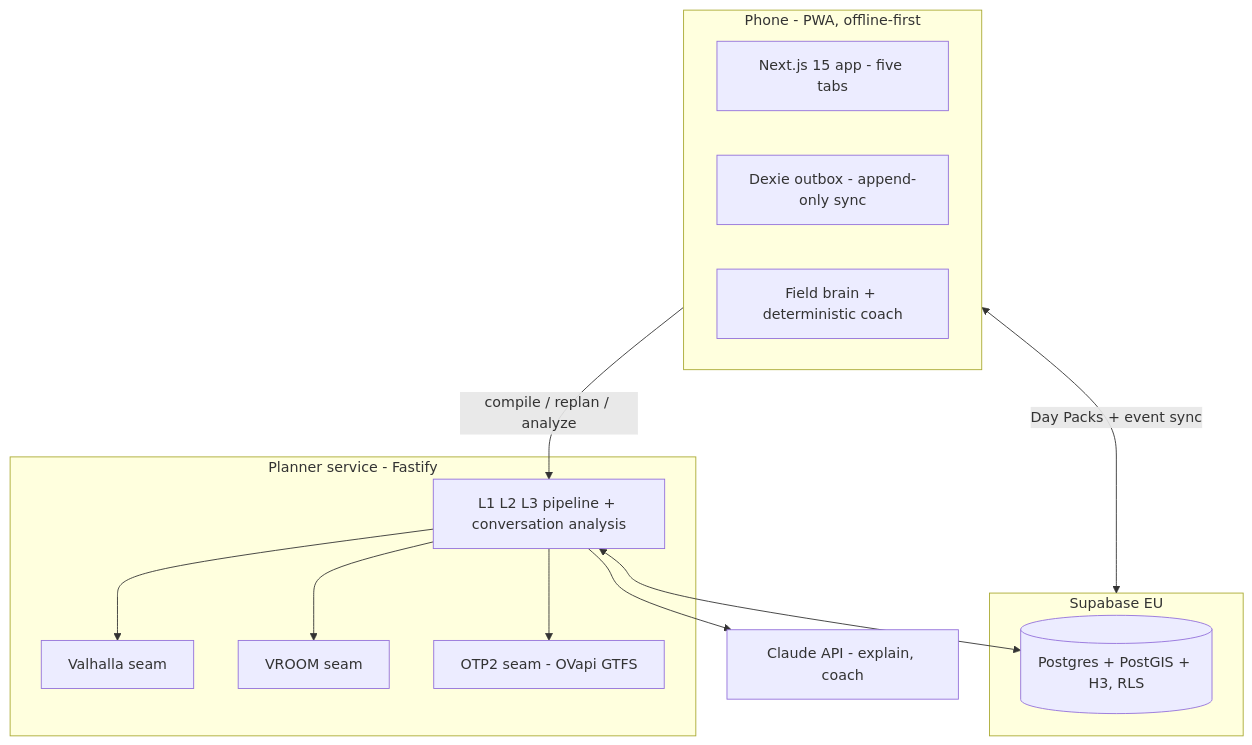
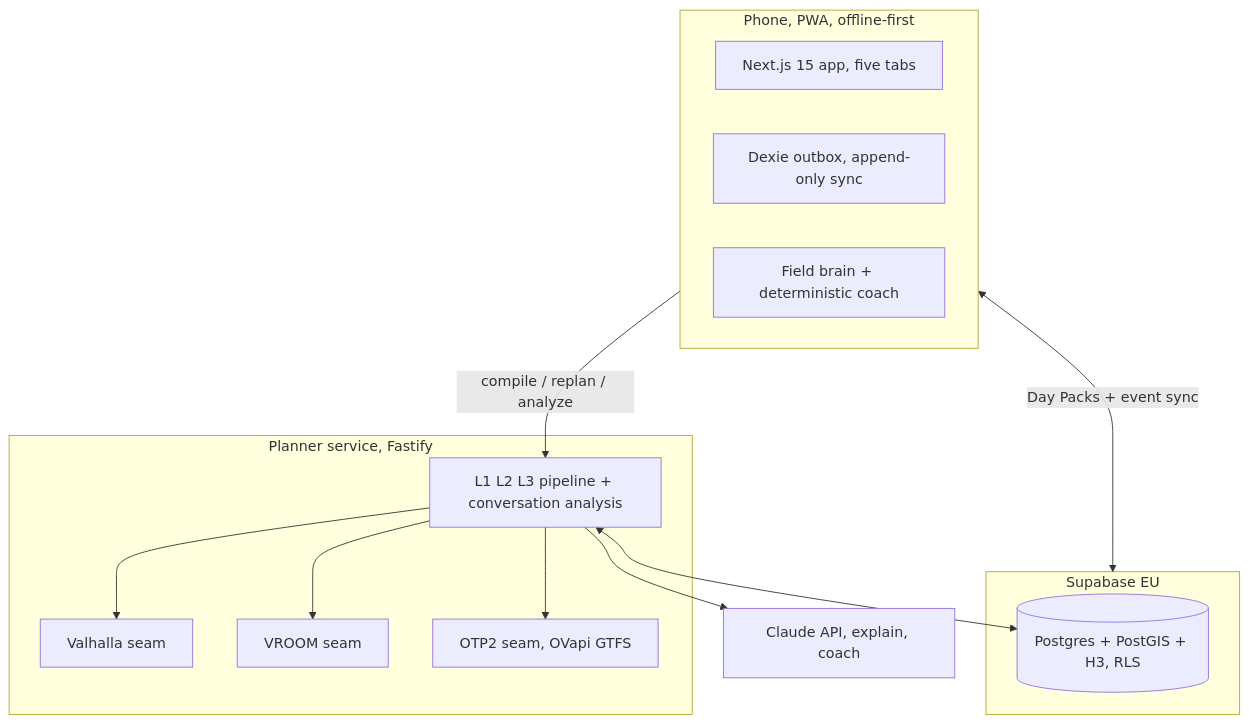
Before and after one commit to atlasshb/2DAY: the second of 2 diagrams in README.md, drawn with Mermaid. The commit also changed other lines of this file, not shown here.

````diff
--- a/README.md
+++ b/README.md
@@ -112,23 +119,23 @@
 ```mermaid
 flowchart TB
-    subgraph device [Phone - PWA, offline-first]
-      UI[Next.js 15 app - five tabs]
-      DX[Dexie outbox - append-only sync]
+    subgraph device [Phone, PWA, offline-first]
+      UI[Next.js 15 app, five tabs]
+      DX[Dexie outbox, append-only sync]
       FB[Field brain + deterministic coach]
     end
-    subgraph compute [Planner service - Fastify]
+    subgraph compute [Planner service, Fastify]
       PL[L1 L2 L3 pipeline + conversation analysis]
       VA[Valhalla seam]
       VR[VROOM seam]
-      OTP[OTP2 seam - OVapi GTFS]
+      OTP[OTP2 seam, OVapi GTFS]
     end
     subgraph platform [Supabase EU]
       PG[(Postgres + PostGIS + H3, RLS)]
     end
-    AI[Claude API - explain, coach]
+    AI[Claude API, explain, coach]
     device <-->|Day Packs + event sync| platform
     device -->|compile / replan / analyze| PL
     PL --> VA & VR & OTP
     PL --> AI
     PL <--> PG
 ```
````
